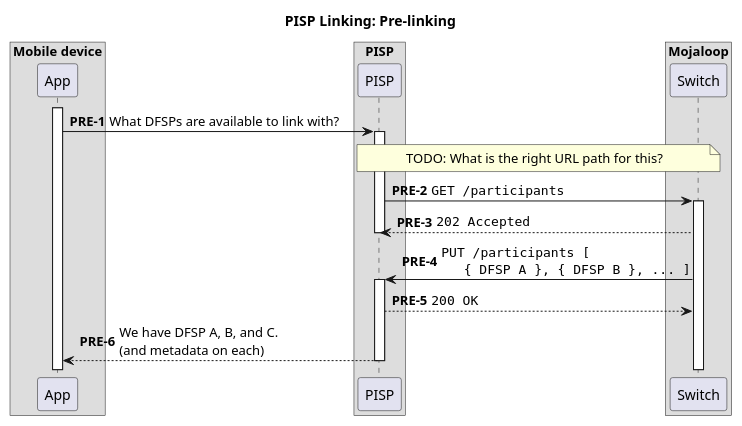
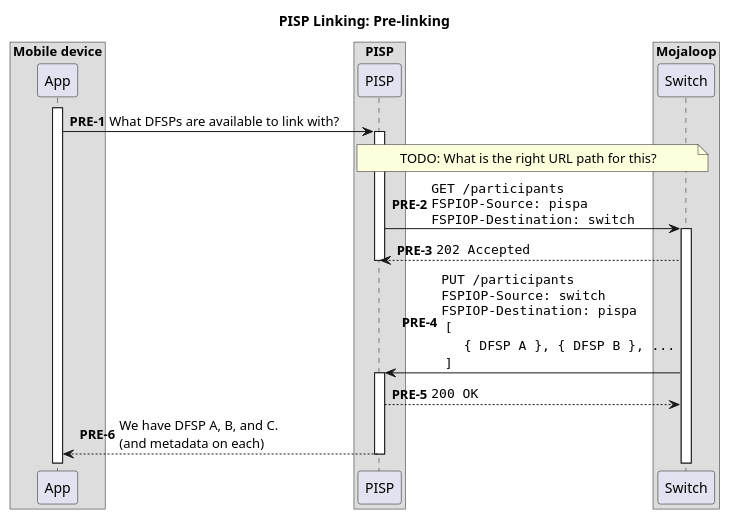
The diagram in docs/linking/0-pre-linking.puml (mojaloop/pisp-project), drawn with PlantUML before and after one commit. The commit also changed 9 other files, not shown here.

Commit message:
feat: update sequence diagrams to show correct headers

```diff
--- a/docs/linking/0-pre-linking.puml
+++ b/docs/linking/0-pre-linking.puml
@@ -1,35 +1,37 @@
 @startuml
 
 title PISP Linking: Pre-linking
 
 box "Mobile device"
     participant App
 end box
 
 box "PISP"
     participant PISP
 end box
 
 box "Mojaloop"
     participant Switch
 end box
 
 autonumber 1 "<b>PRE-#</b>"
 activate App
 App -> PISP ++: What DFSPs are available to link with?
 
 note over PISP, Switch
   TODO: What is the right URL path for this?
 end note
 
-PISP -> Switch ++: ""GET /participants""
+PISP -> Switch ++: ""GET /participants""\n""FSPIOP-Source: pispa""\n""FSPIOP-Destination: switch""
 Switch --> PISP: ""202 Accepted""
 deactivate PISP
 
-Switch -> PISP ++: ""PUT /participants [""\n\
-  ""  { DFSP A }, { DFSP B }, ... ]""
+Switch -> PISP ++: ""PUT /participants""\n""FSPIOP-Source: switch""\n""FSPIOP-Destination: pispa""\n\
+ ""[""\n\
+  ""  { DFSP A }, { DFSP B }, ..."" \n\
+ ""]""
 PISP --> Switch: ""200 OK""
 
 PISP --> App --: We have DFSP A, B, and C.\n(and metadata on each)
 
 @enduml
```
